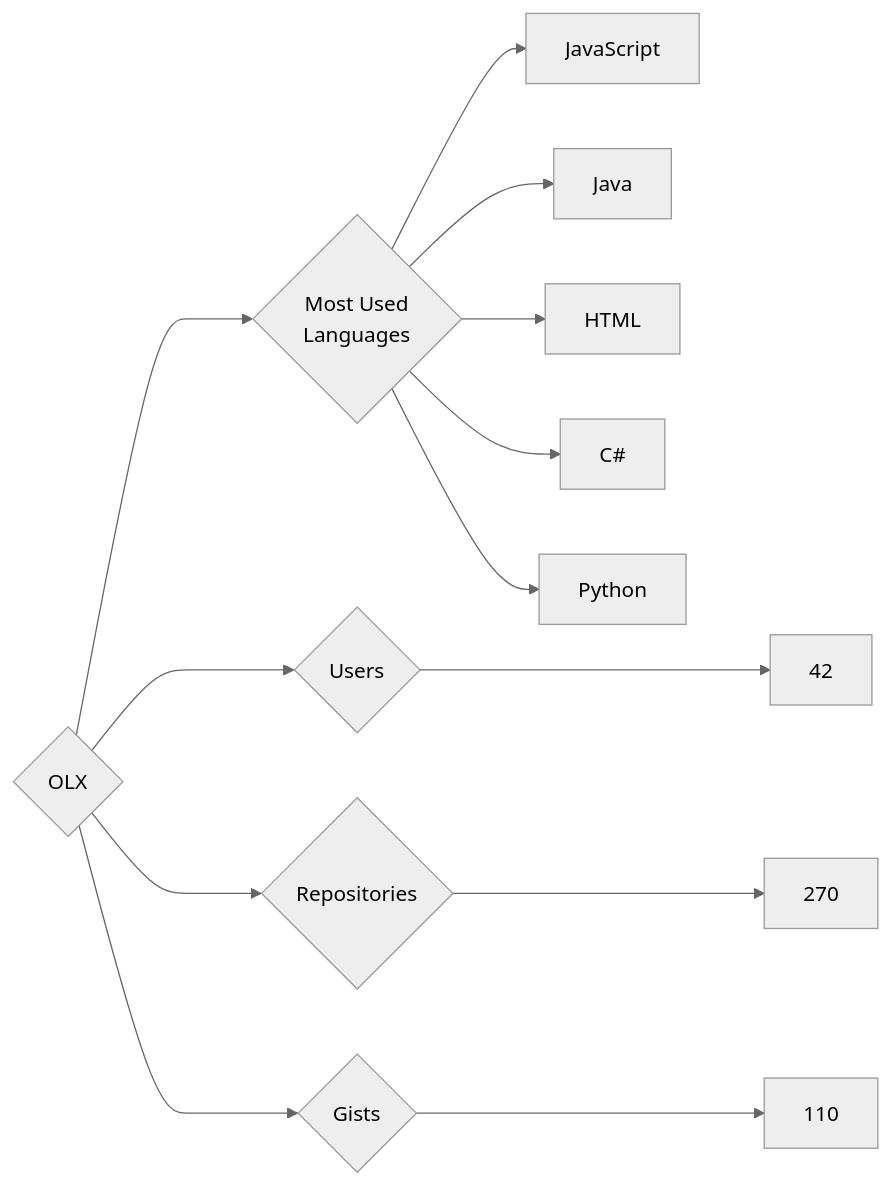
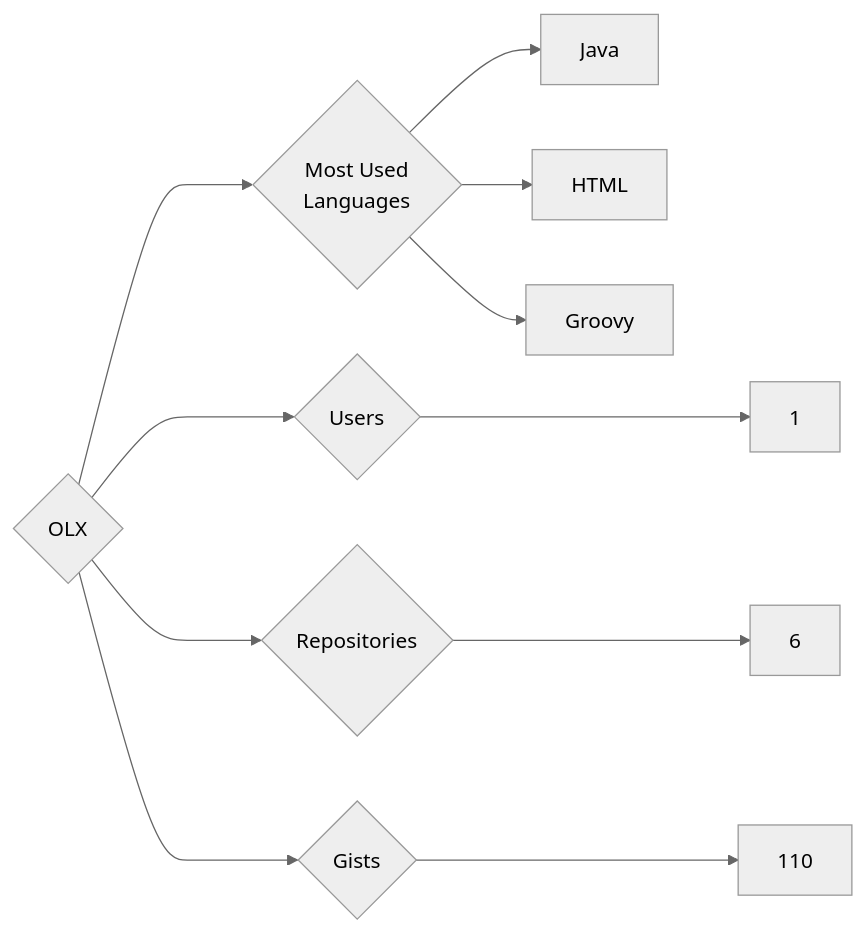
The diagram in targets/OLX/README.md (trickest/insiders), drawn with Mermaid (neutral theme) before and after one commit. The commit also changed 582 other files, not shown here.

````diff
--- a/targets/OLX/README.md
+++ b/targets/OLX/README.md
@@ -3,13 +3,11 @@
 ```mermaid
 graph LR
 COMPANY_NAME{OLX}
-COMPANY_NAME ---> U{Users} ---> UN[42]
-COMPANY_NAME ---> R{Repositories} ---> RN[270]
+COMPANY_NAME ---> U{Users} ---> UN[1]
+COMPANY_NAME ---> R{Repositories} ---> RN[6]
 COMPANY_NAME ---> G{Gists} ---> GN[110]
 COMPANY_NAME ---> ML{Most Used<br>Languages}
-ML --> JavaScript[JavaScript]
 ML --> Java[Java]
 ML --> HTML[HTML]
-ML --> C#[C#]
-ML --> Python[Python]
+ML --> Groovy[Groovy]
 ```
````
